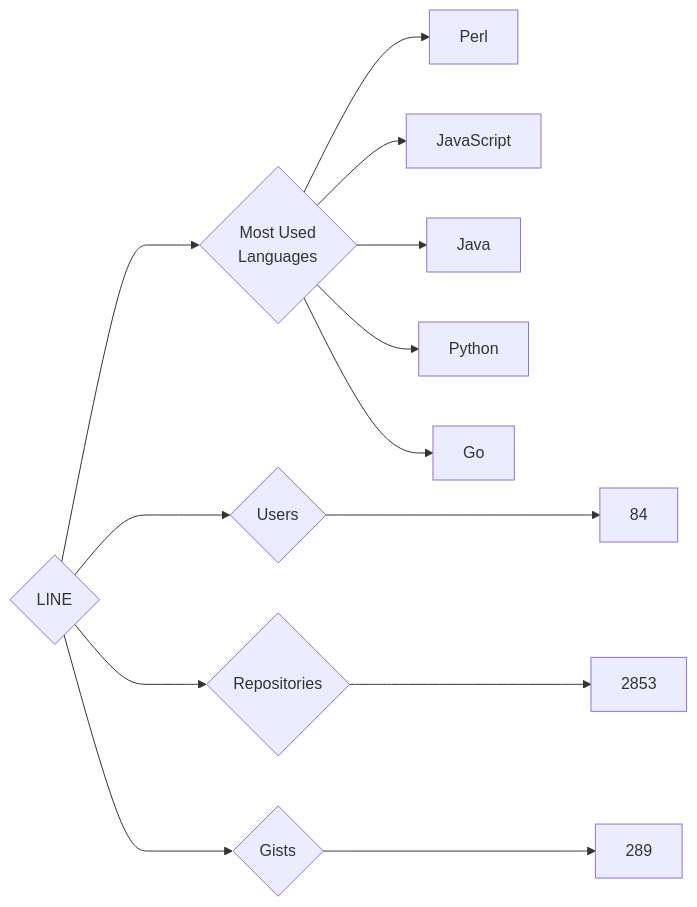
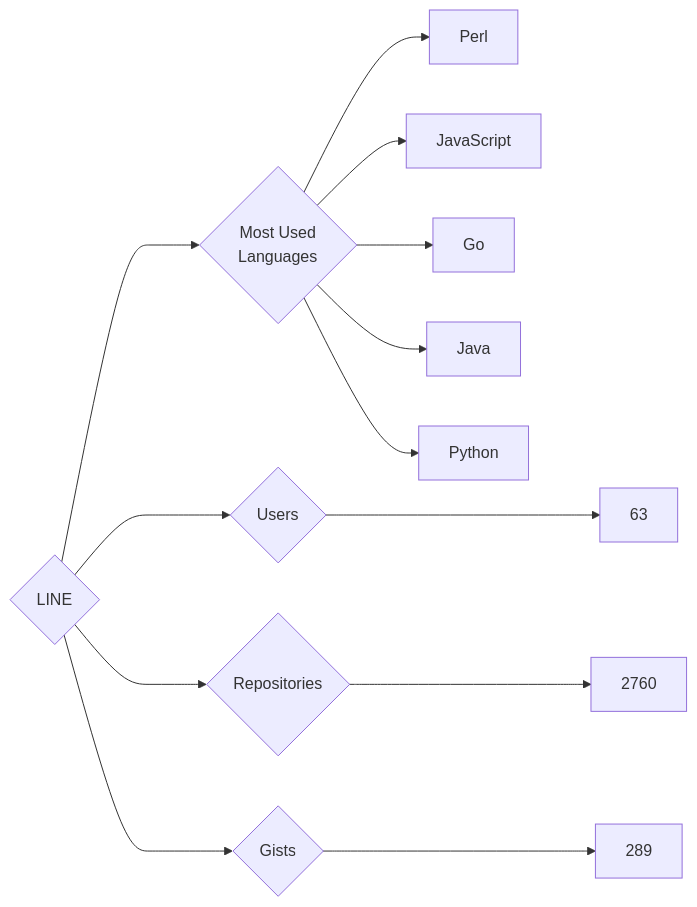
The diagram in targets/LINE/README.md (trickest/insiders), drawn with Mermaid before and after one commit. The commit also changed 927 other files, not shown here.

````diff
--- a/targets/LINE/README.md
+++ b/targets/LINE/README.md
@@ -3,13 +3,13 @@
 ```mermaid
 graph LR
 COMPANY_NAME{LINE}
-COMPANY_NAME ---> U{Users} ---> UN[84]
-COMPANY_NAME ---> R{Repositories} ---> RN[2853]
+COMPANY_NAME ---> U{Users} ---> UN[63]
+COMPANY_NAME ---> R{Repositories} ---> RN[2760]
 COMPANY_NAME ---> G{Gists} ---> GN[289]
 COMPANY_NAME ---> ML{Most Used<br>Languages}
 ML --> Perl[Perl]
 ML --> JavaScript[JavaScript]
+ML --> Go[Go]
 ML --> Java[Java]
 ML --> Python[Python]
-ML --> Go[Go]
 ```
````
